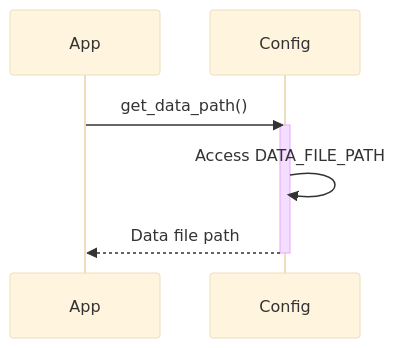
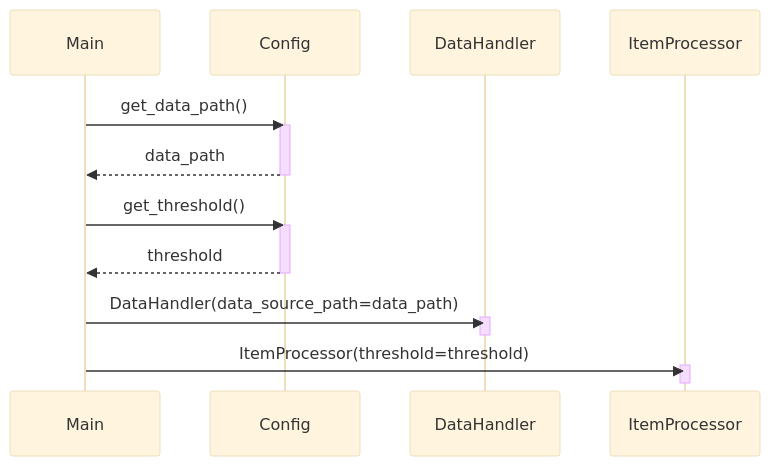
The diagram in output/python-sample-project/01_configuration-management.md (OpenXFlow/sourceLensAI), drawn with Mermaid (base theme) before and after one commit. The commit also changed other lines of this file and 15 other files, not shown here.

````diff
--- a/output/python-sample-project/01_configuration-management.md
+++ b/output/python-sample-project/01_configuration-management.md
@@ -55,10 +78,21 @@
 ```mermaid
 sequenceDiagram
-    participant App
+    participant Main
     participant Config
-    App->>Config: get_data_path()
+    participant DataHandler
+    participant ItemProcessor
+    Main->>Config: get_data_path()
     activate Config
-    Config->>Config: Access DATA_FILE_PATH
-    Config-->>App: Data file path
+    Config-->>Main: data_path
     deactivate Config
+    Main->>Config: get_threshold()
+    activate Config
+    Config-->>Main: threshold
+    deactivate Config
+    Main->>DataHandler: DataHandler(data_source_path=data_path)
+    activate DataHandler
+    deactivate DataHandler
+    Main->>ItemProcessor: ItemProcessor(threshold=threshold)
+    activate ItemProcessor
+    deactivate ItemProcessor
 ```
````
